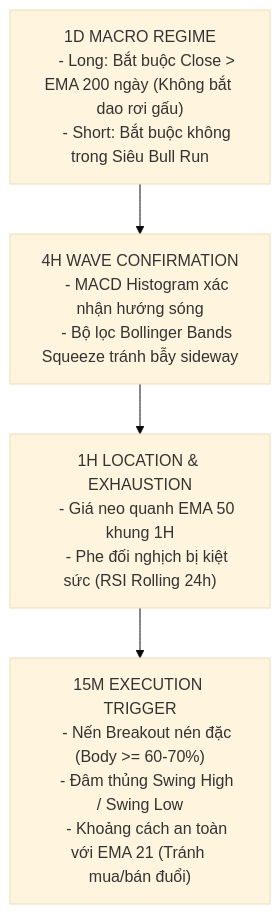
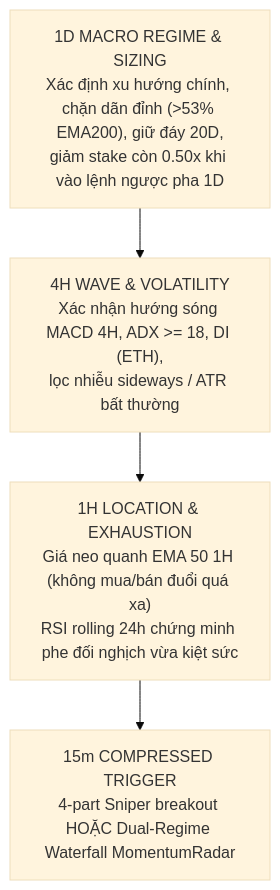
Before and after one commit to 9xlayer/freqtrade: the diagram in strategies/README.md, drawn with Mermaid (base theme). The commit also changed other lines of this file and 9 other files, not shown here.

Commit message:
docs(mtf_sniper): sync architecture, philosophy and memory-bank for single-truth migration

````diff
--- a/strategies/README.md
+++ b/strategies/README.md
@@ -53,15 +60,6 @@
 ```mermaid
 flowchart TD
-    D1["1D MACRO REGIME
-    - Long: Bắt buộc Close > EMA 200 ngày (Không bắt dao rơi gấu)
-    - Short: Bắt buộc không trong Siêu Bull Run"] --> H4["4H WAVE CONFIRMATION
-    - MACD Histogram xác nhận hướng sóng
-    - Bộ lọc Bollinger Bands Squeeze tránh bẫy sideway"]
-    H4 --> H1["1H LOCATION & EXHAUSTION
-    - Giá neo quanh EMA 50 khung 1H
-    - Phe đối nghịch bị kiệt sức (RSI Rolling 24h)"]
-    H1 --> M15["15M EXECUTION TRIGGER
-    - Nến Breakout nén đặc (Body >= 60-70%)
-    - Đâm thủng Swing High / Swing Low
-    - Khoảng cách an toàn với EMA 21 (Tránh mua/bán đuổi)"]
+    D1["1D MACRO REGIME & SIZING<br/>Xác định xu hướng chính, chặn dãn đỉnh (>53% EMA200), giữ đáy 20D,<br/>giảm stake còn 0.50x khi vào lệnh ngược pha 1D"] --> H4["4H WAVE & VOLATILITY<br/>Xác nhận hướng sóng MACD 4H, ADX >= 18, DI (ETH),<br/>lọc nhiễu sideways / ATR bất thường"]
+    H4 --> H1["1H LOCATION & EXHAUSTION<br/>Giá neo quanh EMA 50 1H (không mua/bán đuổi quá xa)<br/>RSI rolling 24h chứng minh phe đối nghịch vừa kiệt sức"]
+    H1 --> M15["15m COMPRESSED TRIGGER<br/>4-part Sniper breakout HOẶC Dual-Regime Waterfall MomentumRadar"]
 ```
````
